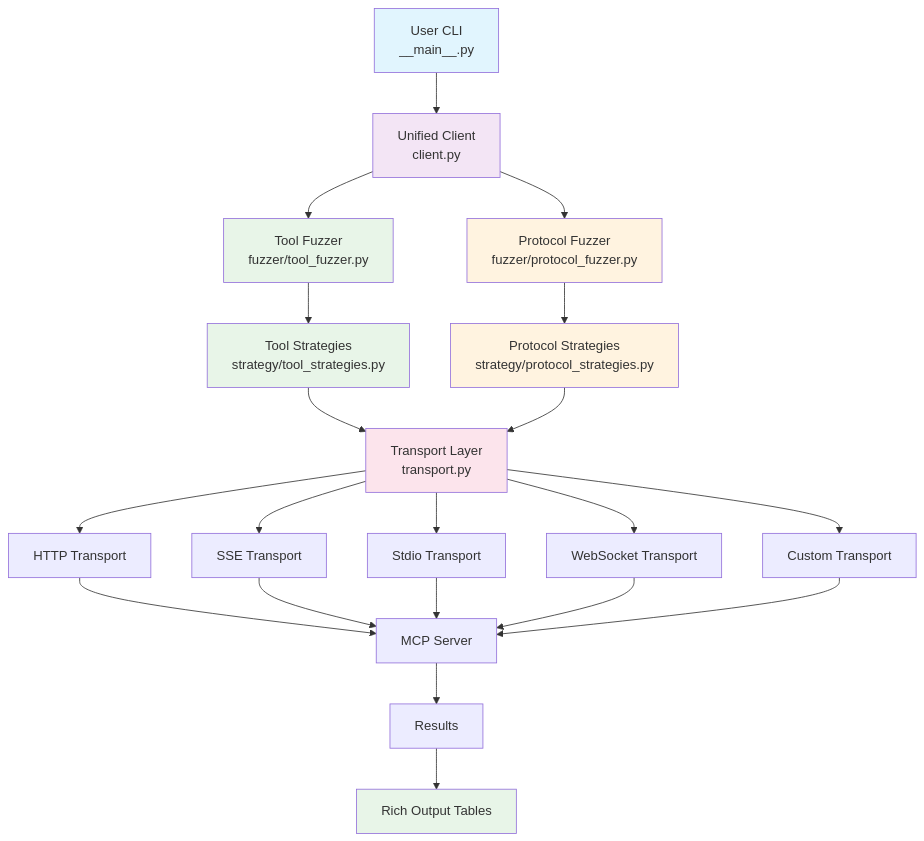
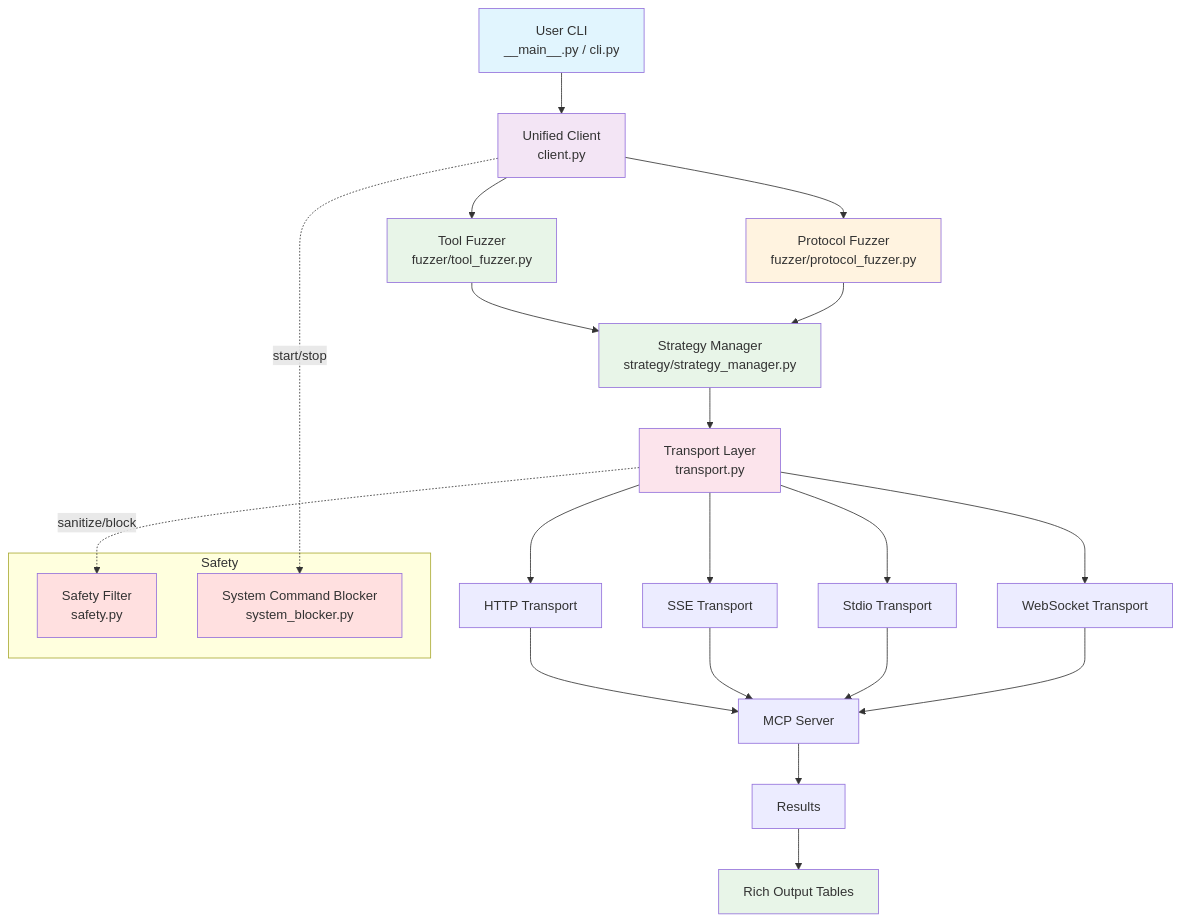
One commit to Agent-Hellboy/mcp-server-fuzzer changed the first of 6 diagrams in docs/mermaid_architecture.md. Above: the diagram before and after it, drawn with Mermaid. The commit also changed other lines of this file and 1 other file, not shown here.

````diff
--- a/docs/mermaid_architecture.md
+++ b/docs/mermaid_architecture.md
@@ -5,36 +5,42 @@
 ```mermaid
 graph TD
-    A[User CLI<br/>__main__.py] --> B[Unified Client<br/>client.py]
+    A[User CLI<br/>__main__.py / cli.py] --> B[Unified Client<br/>client.py]
     B --> C[Tool Fuzzer<br/>fuzzer/tool_fuzzer.py]
     B --> D[Protocol Fuzzer<br/>fuzzer/protocol_fuzzer.py]
 
-    C --> E[Tool Strategies<br/>strategy/tool_strategies.py]
-    D --> F[Protocol Strategies<br/>strategy/protocol_strategies.py]
+    C --> E[Strategy Manager<br/>strategy/strategy_manager.py]
+    D --> E
 
     E --> G[Transport Layer<br/>transport.py]
-    F --> G
+
+    subgraph Safety
+      SF[Safety Filter<br/>safety.py]
+      SB[System Command Blocker<br/>system_blocker.py]
+    end
+
+    B -. start/stop .-> SB
+    G -. sanitize/block .-> SF
 
     G --> H[HTTP Transport]
     G --> I[SSE Transport]
     G --> J[Stdio Transport]
     G --> K[WebSocket Transport]
-    G --> L[Custom Transport]
 
     H --> M[MCP Server]
     I --> M
     J --> M
     K --> M
-    L --> M
 
     M --> N[Results]
     N --> O[Rich Output Tables]
 
     style A fill:#e1f5fe
     style B fill:#f3e5f5
     style C fill:#e8f5e8
     style D fill:#fff3e0
     style E fill:#e8f5e8
-    style F fill:#fff3e0
     style G fill:#fce4ec
+    style SF fill:#ffe0e0
+    style SB fill:#ffe0e0
     style O fill:#e8f5e8
 ```
````
